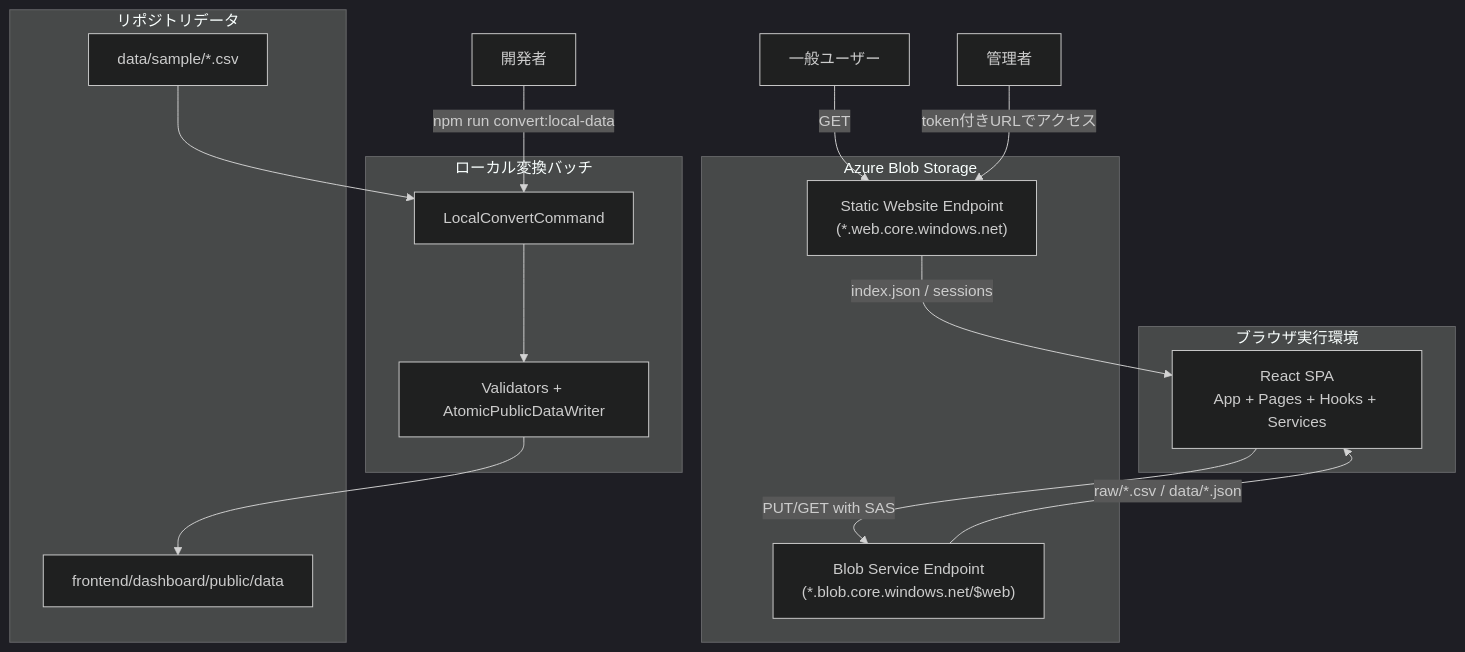
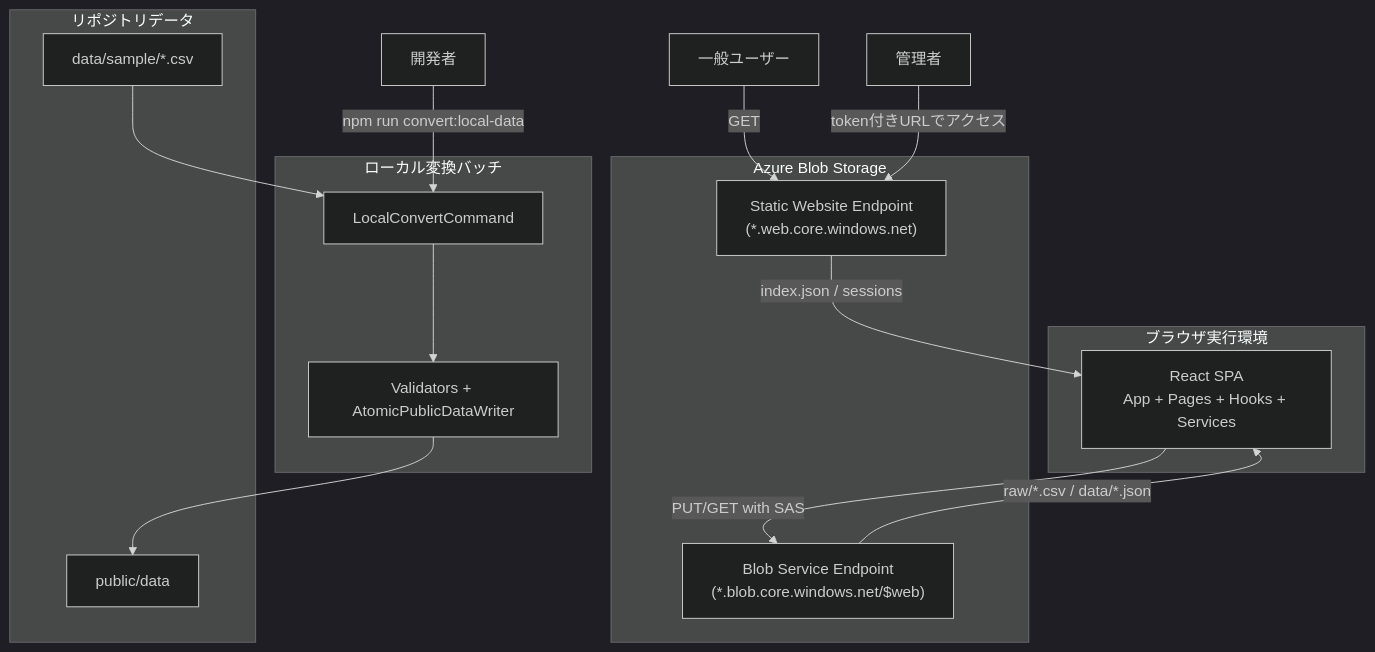
One commit to nuitsjp/teams-board changed the first of 4 diagrams in docs/architecture.md. Above: the diagram before and after it, drawn with Mermaid (dark theme). The commit also changed other lines of this file and 92 other files, not shown here.

First line of the commit message:
refactor: frontend/dashboard/の2階層ネストを解消しルート直下にフラット化

````diff
--- a/docs/architecture.md
+++ b/docs/architecture.md
@@ -30,36 +25,36 @@
 ```mermaid
 graph TD
     U[一般ユーザー]
     A[管理者]
     D[開発者]
 
     subgraph Browser["ブラウザ実行環境"]
         SPA[React SPA<br/>App + Pages + Hooks + Services]
     end
 
     subgraph Azure["Azure Blob Storage"]
         WEB["Static Website Endpoint<br/>(*.web.core.windows.net)"]
         BLOB["Blob Service Endpoint<br/>(*.blob.core.windows.net/$web)"]
     end
 
     subgraph Local["ローカル変換バッチ"]
         CMD[LocalConvertCommand]
         LB[Validators + AtomicPublicDataWriter]
     end
 
     subgraph Repo["リポジトリデータ"]
         SAMPLE["data/sample/*.csv"]
-        PUBLIC["frontend/dashboard/public/data"]
+        PUBLIC["public/data"]
     end
 
     U -->|GET| WEB
     WEB -->|index.json / sessions| SPA
     A -->|token付きURLでアクセス| WEB
     SPA -->|PUT/GET with SAS| BLOB
     BLOB -->|raw/*.csv / data/*.json| SPA
 
     D -->|npm run convert:local-data| CMD
     SAMPLE --> CMD
     CMD --> LB
     LB --> PUBLIC
 ```
````
